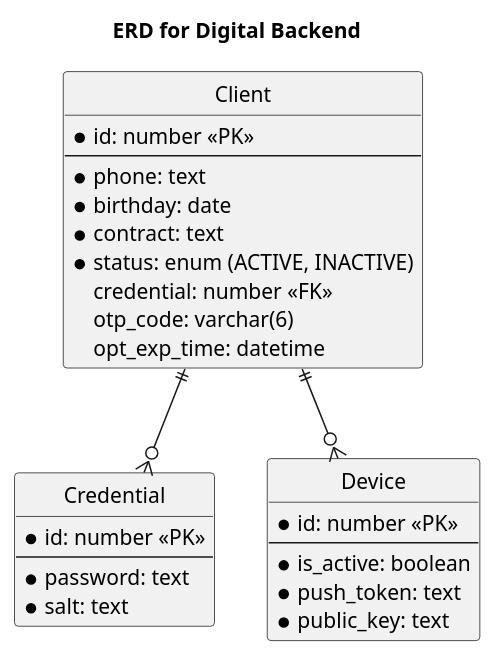
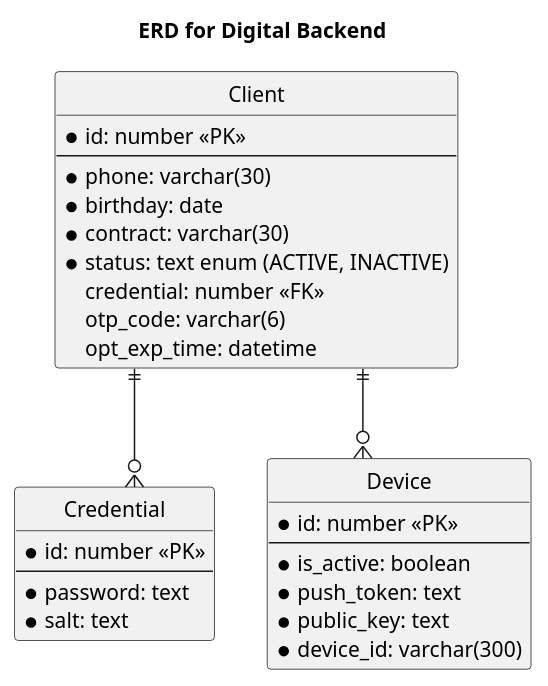
Before and after one commit to vvtomash/htbs: the diagram in fintech-auth/diagrams/erd.puml, drawn with PlantUML. The commit also changed 3 other files, not shown here.

Commit message:
Regular commit. Diagrams updated

```diff
--- a/fintech-auth/diagrams/erd.puml
+++ b/fintech-auth/diagrams/erd.puml
@@ -1,48 +1,38 @@
 @startuml
 title "ERD for Digital Backend"
+'skinparam dpi 300
+skinparam linetype ortho
 hide circle
-'skinparam linetype ortho
 
 entity "Client" as client {
     *id: number <<PK>>
     --
-    *phone: text
+    *phone: varchar(30)
     *birthday: date
-    *contract: text
-    *status: enum (ACTIVE, INACTIVE)
+    *contract: varchar(30)
+    *status: text enum (ACTIVE, INACTIVE)
     credential: number <<FK>>
     otp_code: varchar(6)
     opt_exp_time: datetime
 }
 
 entity "Credential" as cred {
     *id: number <<PK>>
     --
     *password: text
     *salt: text
 }
 
 entity "Device" as device {
     *id: number <<PK>>
     --
     *is_active: boolean
     *push_token: text
     *public_key: text
+    *device_id: varchar(300)
 }
 
-'Relations
 client ||--o{ cred
 client ||--o{ device
 
-
-'entity "Device" as device {
-'  *id: uuid <<PK>>
-'  --
-'  *activated_at: datetime
-'  public_key: text
-'  push_token: text
-'}
-'
-'cli ||..o| device
-
 @enduml
```
